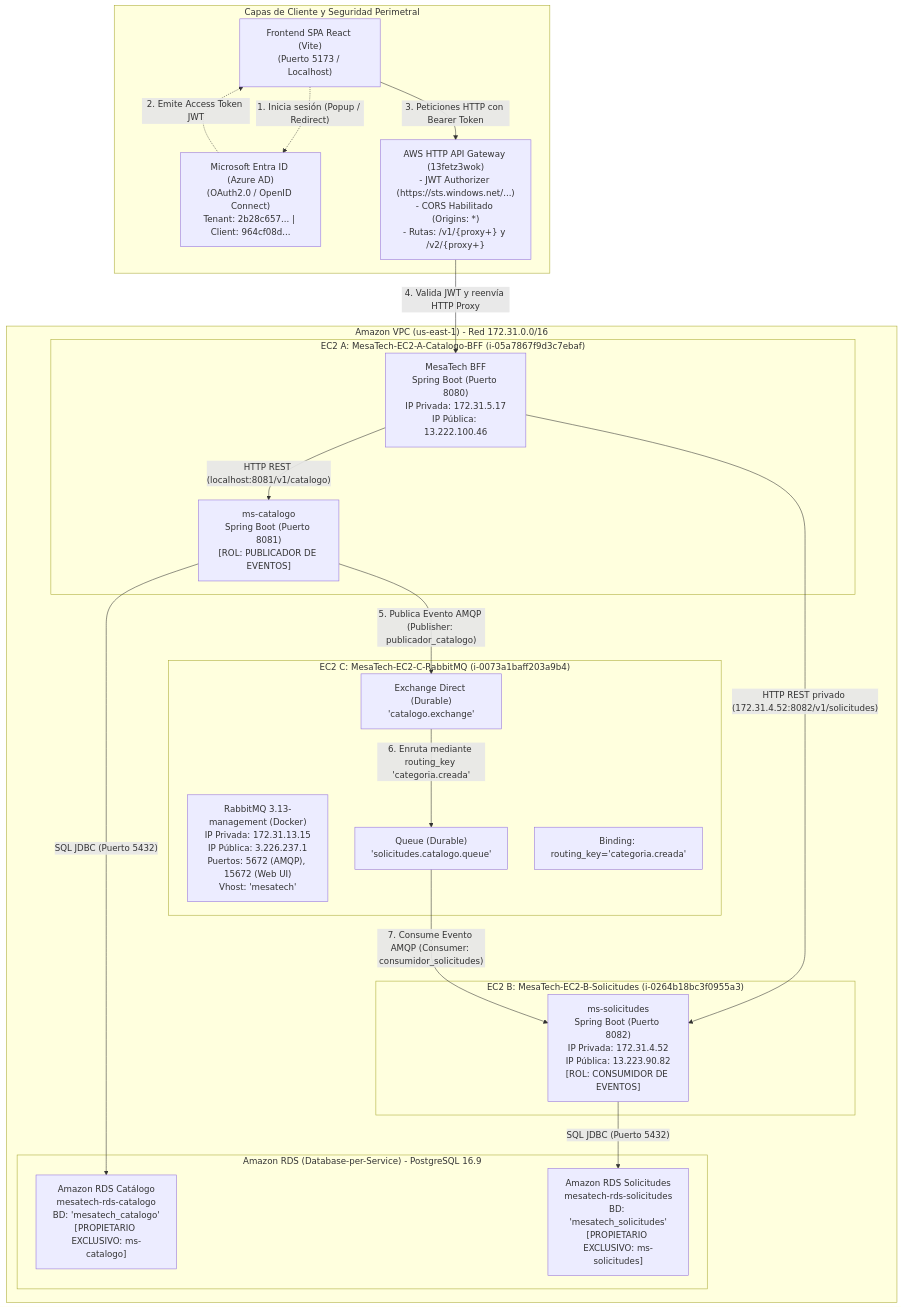
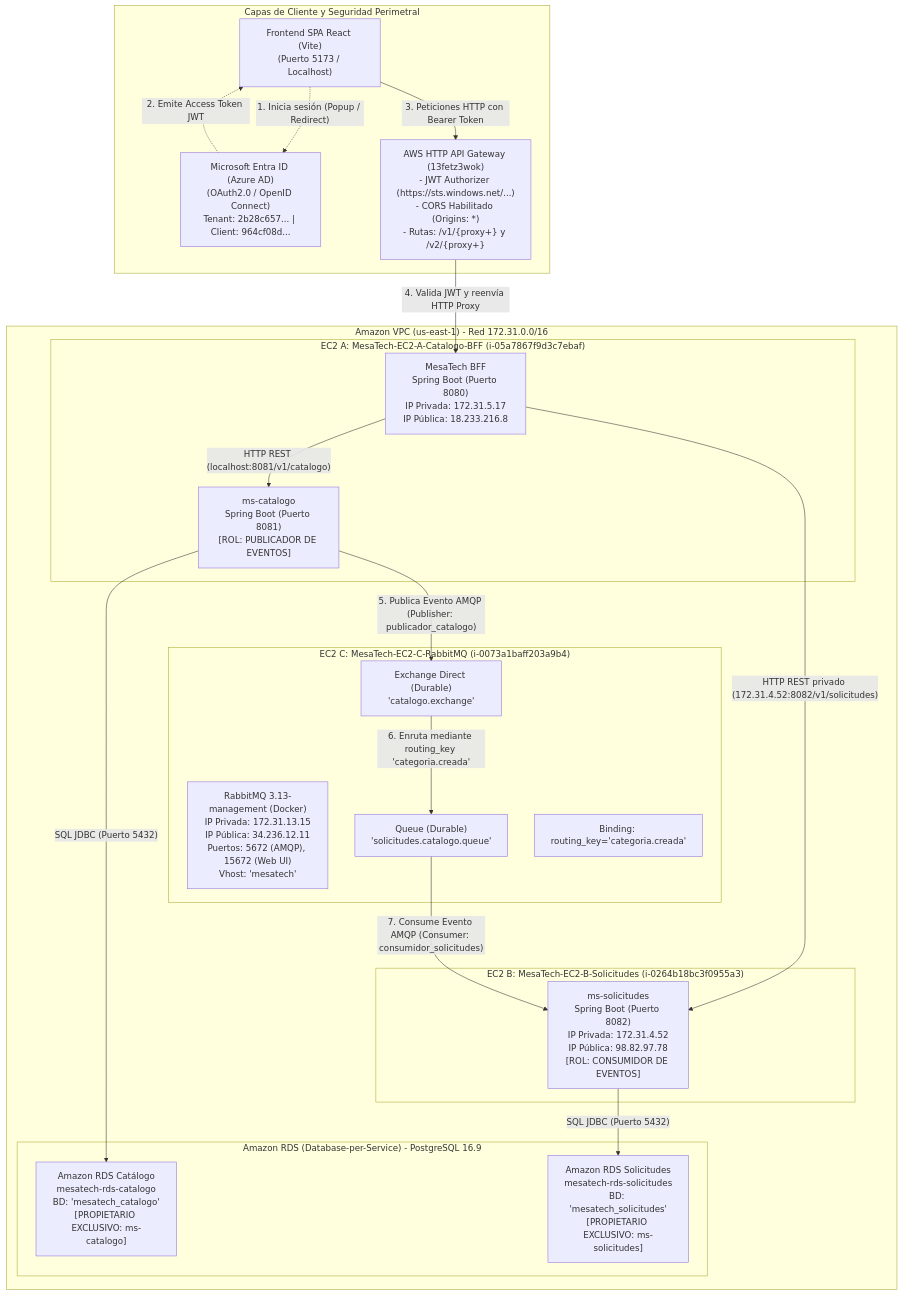
One commit to Francisco-Torres-Dev/Mesatech-ftorres changed the diagram in documentos_para_ev2/DIAGRAMA_DESPLIEGUE.md. Above: the diagram before and after it, drawn with Mermaid. The commit also changed 5 other files, not shown here.

````diff
--- a/documentos_para_ev2/DIAGRAMA_DESPLIEGUE.md
+++ b/documentos_para_ev2/DIAGRAMA_DESPLIEGUE.md
@@ -9,50 +9,50 @@
 ```mermaid
 flowchart TD
     subgraph CLIENTE["Capas de Cliente y Seguridad Perimetral"]
         SPA["Frontend SPA React (Vite)\n(Puerto 5173 / Localhost)"]
         ENTRA["Microsoft Entra ID (Azure AD)\n(OAuth2.0 / OpenID Connect)\nTenant: 2b28c657... | Client: 964cf08d..."]
         APIGW["AWS HTTP API Gateway (13fetz3wok)\n- JWT Authorizer (https://sts.windows.net/...)\n- CORS Habilitado (Origins: *)\n- Rutas: /v1/{proxy+} y /v2/{proxy+}"]
     end
 
     subgraph AWS_VPC["Amazon VPC (us-east-1) - Red 172.31.0.0/16"]
         subgraph EC2_A["EC2 A: MesaTech-EC2-A-Catalogo-BFF (i-05a7867f9d3c7ebaf)"]
-            BFF["MesaTech BFF\nSpring Boot (Puerto 8080)\nIP Privada: 172.31.5.17\nIP Pública: 13.222.100.46"]
+            BFF["MesaTech BFF\nSpring Boot (Puerto 8080)\nIP Privada: 172.31.5.17\nIP Pública: 18.233.216.8"]
             CAT["ms-catalogo\nSpring Boot (Puerto 8081)\n[ROL: PUBLICADOR DE EVENTOS]"]
         end
 
         subgraph EC2_B["EC2 B: MesaTech-EC2-B-Solicitudes (i-0264b18bc3f0955a3)"]
-            SOL["ms-solicitudes\nSpring Boot (Puerto 8082)\nIP Privada: 172.31.4.52\nIP Pública: 13.223.90.82\n[ROL: CONSUMIDOR DE EVENTOS]"]
+            SOL["ms-solicitudes\nSpring Boot (Puerto 8082)\nIP Privada: 172.31.4.52\nIP Pública: 98.82.97.78\n[ROL: CONSUMIDOR DE EVENTOS]"]
         end
 
         subgraph EC2_C["EC2 C: MesaTech-EC2-C-RabbitMQ (i-0073a1baff203a9b4)"]
-            BROKER["RabbitMQ 3.13-management (Docker)\nIP Privada: 172.31.13.15\nIP Pública: 3.226.237.1\nPuertos: 5672 (AMQP), 15672 (Web UI)\nVhost: 'mesatech'"]
+            BROKER["RabbitMQ 3.13-management (Docker)\nIP Privada: 172.31.13.15\nIP Pública: 34.236.12.11\nPuertos: 5672 (AMQP), 15672 (Web UI)\nVhost: 'mesatech'"]
             EXCHANGE["Exchange Direct (Durable)\n'catalogo.exchange'"]
             QUEUE["Queue (Durable)\n'solicitudes.catalogo.queue'"]
             BINDING["Binding: routing_key='categoria.creada'"]
         end
 
         subgraph RDS_DATABASES["Amazon RDS (Database-per-Service) - PostgreSQL 16.9"]
             RDS_CAT["Amazon RDS Catálogo\nmesatech-rds-catalogo\nBD: 'mesatech_catalogo'\n[PROPIETARIO EXCLUSIVO: ms-catalogo]"]
             RDS_SOL["Amazon RDS Solicitudes\nmesatech-rds-solicitudes\nBD: 'mesatech_solicitudes'\n[PROPIETARIO EXCLUSIVO: ms-solicitudes]"]
         end
     end
 
     %% Relaciones de Autenticación y API Gateway
     SPA -.->|"1. Inicia sesión (Popup / Redirect)"| ENTRA
     ENTRA -.->|"2. Emite Access Token JWT"| SPA
     SPA -->|"3. Peticiones HTTP con Bearer Token"| APIGW
     APIGW -->|"4. Valida JWT y reenvía HTTP Proxy"| BFF
 
     %% Relaciones del BFF hacia microservicios
     BFF -->|"HTTP REST (localhost:8081/v1/catalogo)"| CAT
     BFF -->|"HTTP REST privado (172.31.4.52:8082/v1/solicitudes)"| SOL
 
     %% Publicación y Consumo AMQP
     CAT -->|"5. Publica Evento AMQP (Publisher: publicador_catalogo)"| EXCHANGE
     EXCHANGE -->|"6. Enruta mediante routing_key 'categoria.creada'"| QUEUE
     QUEUE -->|"7. Consume Evento AMQP (Consumer: consumidor_solicitudes)"| SOL
 
     %% Persistencia Database-per-Service
     CAT -->|"SQL JDBC (Puerto 5432)"| RDS_CAT
     SOL -->|"SQL JDBC (Puerto 5432)"| RDS_SOL
 ```
````
